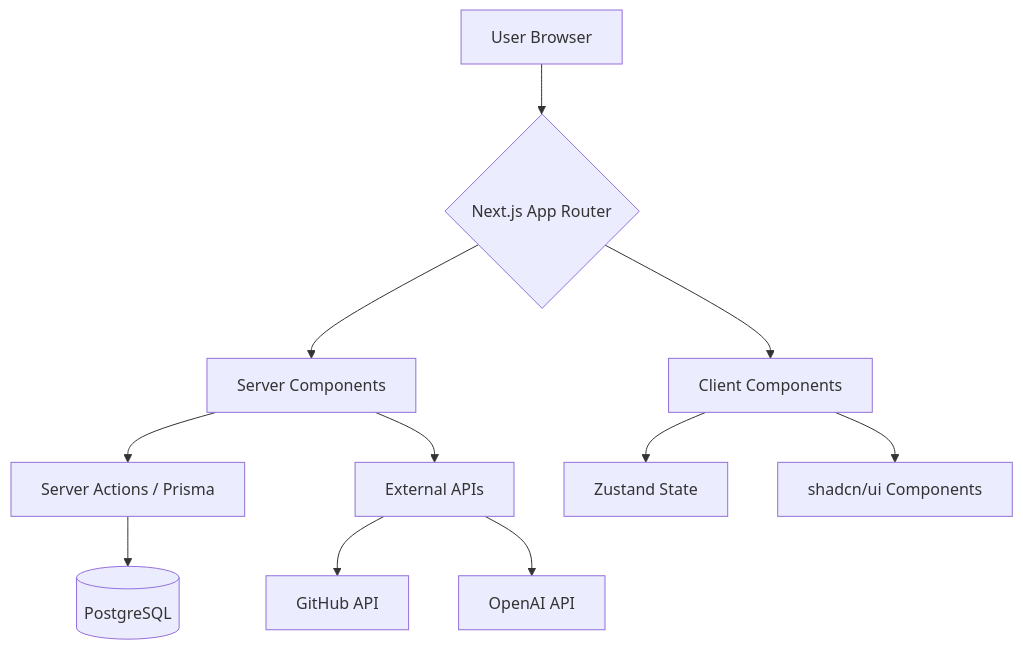
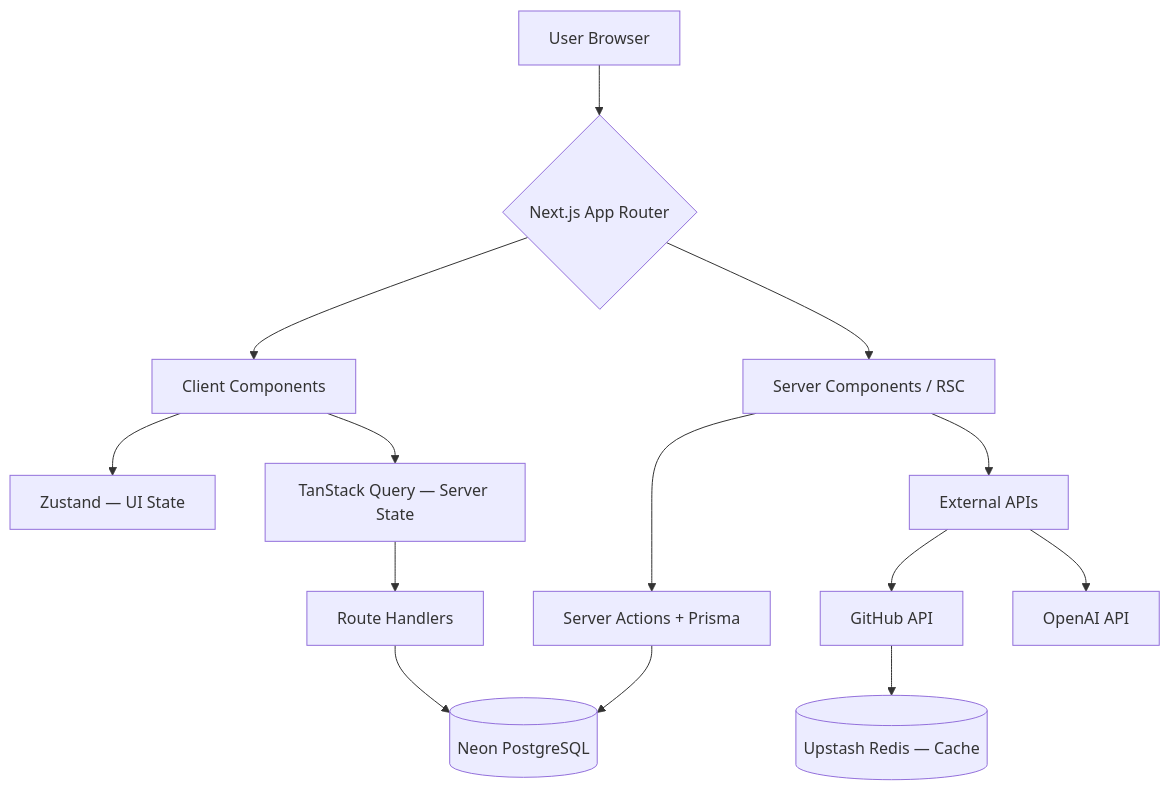
One commit to SinJungho/portfolio-builder changed the diagram in GEMINI.md. Above: the diagram before and after it, drawn with Mermaid. The commit also changed other lines of this file and 21 other files, not shown here.

````diff
--- a/GEMINI.md
+++ b/GEMINI.md
@@ -264,17 +116,19 @@
 ```mermaid
 graph TD
     A[User Browser] --> B{Next.js App Router}
-    B --> C[Server Components]
+    B --> C[Server Components / RSC]
     B --> D[Client Components]
 
-    C --> E[Server Actions / Prisma]
-    E --> F[(PostgreSQL)]
+    C --> E[Server Actions + Prisma]
+    E --> F[(Neon PostgreSQL)]
 
-    D --> G[Zustand State]
-    D --> H[shadcn/ui Components]
+    D --> G[Zustand — UI State]
+    D --> H[TanStack Query — Server State]
+    H --> I[Route Handlers]
+    I --> F
 
-    C --> I[External APIs]
-    I --> J[GitHub API]
-    I --> K[OpenAI API]
-
+    C --> J[External APIs]
+    J --> K[GitHub API]
+    J --> L[OpenAI API]
+    K --> M[(Upstash Redis — Cache)]
 ```
````
